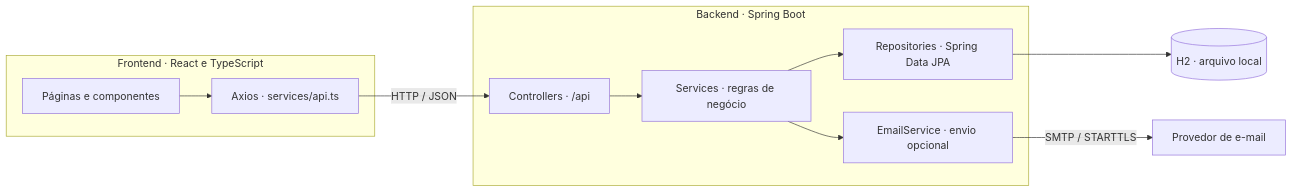
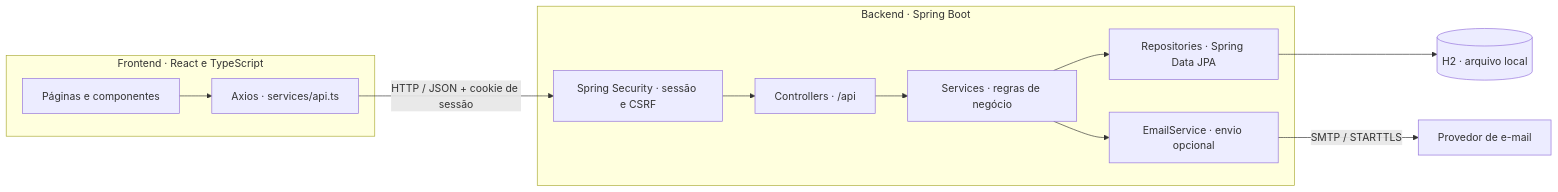
The first of 5 diagrams in README.md (Z3NYN/diegoabreu-web2-fullstack), drawn with Mermaid before and after one commit. The commit also changed other lines of this file and 25 other files, not shown here.

````diff
--- a/README.md
+++ b/README.md
@@ -74,14 +77,15 @@
 ```mermaid
 flowchart LR
     subgraph frontend["Frontend · React e TypeScript"]
         pages["Páginas e componentes"] --> axios["Axios · services/api.ts"]
     end
     subgraph backend["Backend · Spring Boot"]
-        controllers["Controllers · /api"] --> services["Services · regras de negócio"]
+        security["Spring Security · sessão e CSRF"] --> controllers["Controllers · /api"]
+        controllers --> services["Services · regras de negócio"]
         services --> repositories["Repositories · Spring Data JPA"]
         services --> email["EmailService · envio opcional"]
     end
-    axios -->|"HTTP / JSON"| controllers
+    axios -->|"HTTP / JSON + cookie de sessão"| security
     repositories --> database[("H2 · arquivo local")]
     email -->|"SMTP / STARTTLS"| smtp["Provedor de e-mail"]
 ```
````
